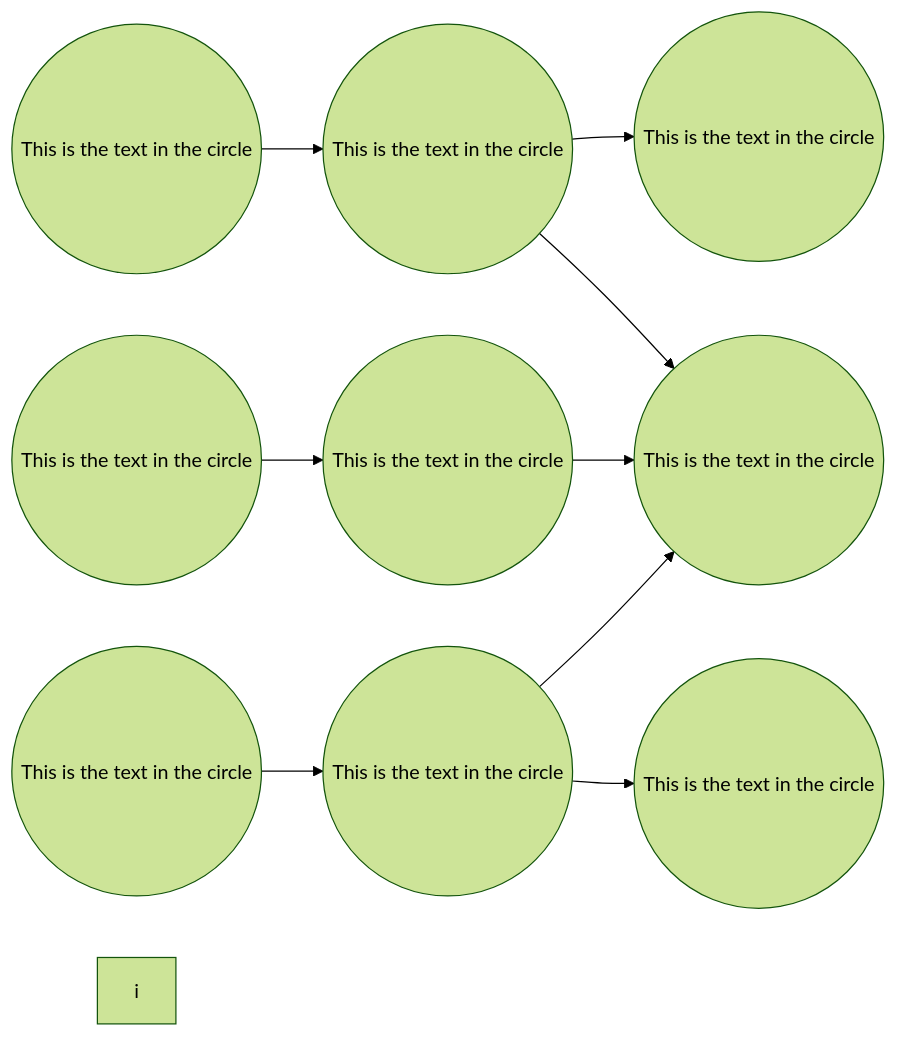
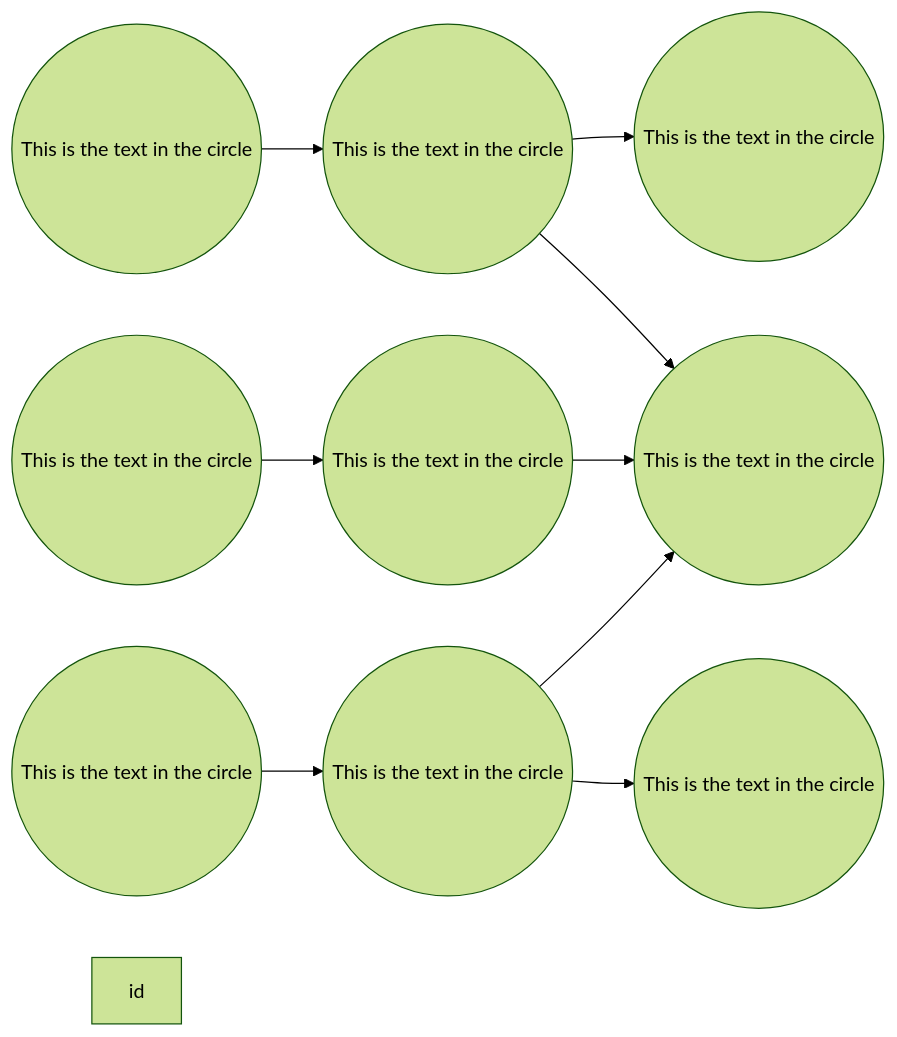
One commit to gerbssusd/dok changed the second of 2 diagrams in slides.md. Above: the diagram before and after it, drawn with Mermaid (forest theme).

````diff
--- a/slides.md
+++ b/slides.md
@@ -499,15 +499,15 @@
 ```mermaid {scale: .60}
 
 flowchart LR
     id1((This is the text in the circle)) -->
     id2((This is the text in the circle)) -->
     id3((This is the text in the circle))
        id3.1((This is the text in the circle))-->
        id3.2((This is the text in the circle))-->id4
    id2 --> id4((This is the text in the circle)) 
     id5((This is the text in the circle)) -->
       id6((This is the text in the circle))--> id4 
    id6--> id7((This is the text in the circle))
-       i
+       id
 
 ```
````
